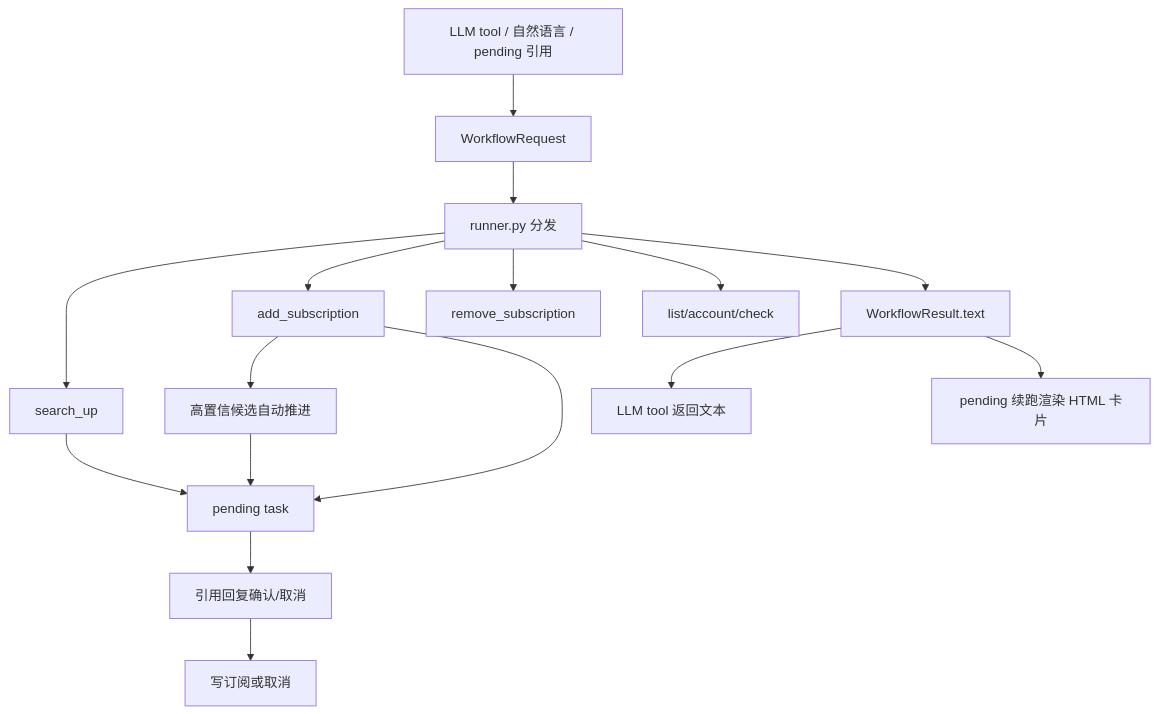
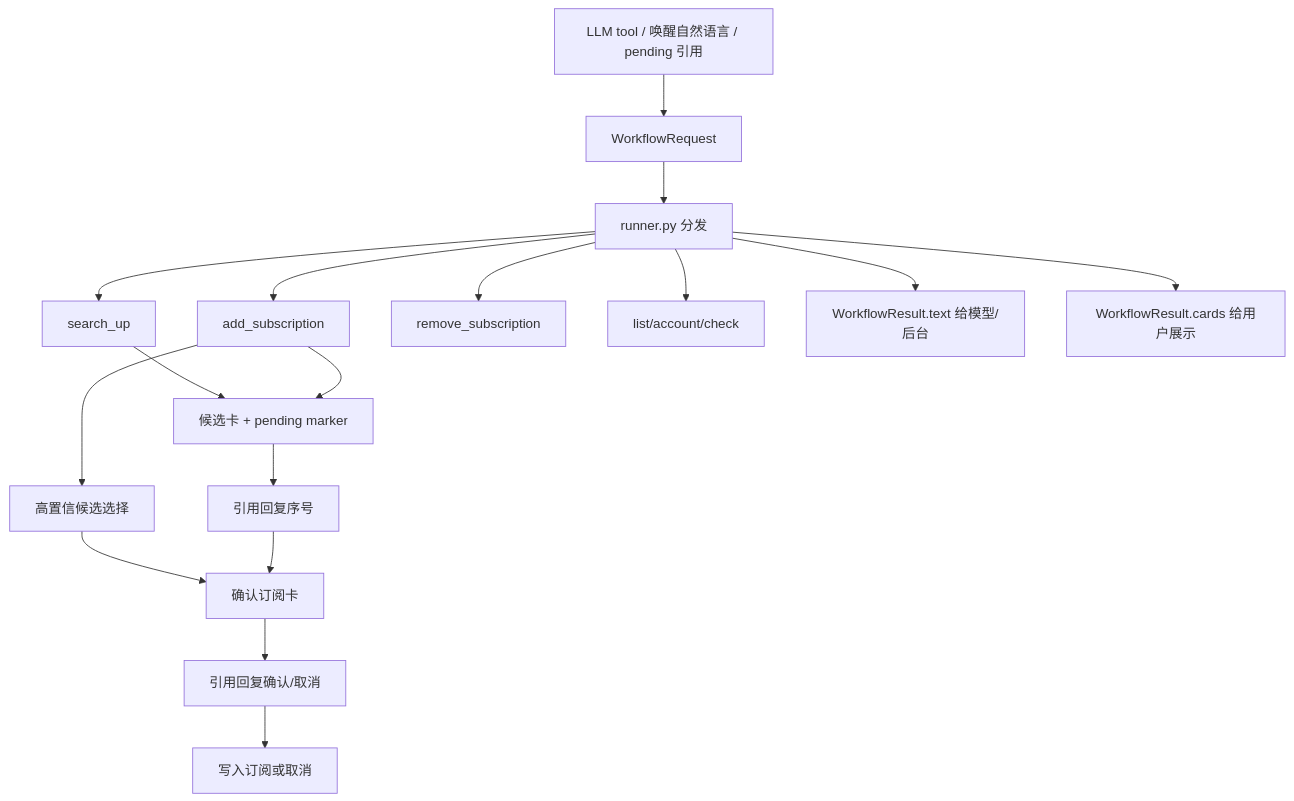
The diagram in workflows/workflows.md (memoriass/astrbot_plugin_bilibili_push), drawn with Mermaid before and after one commit. The commit also changed other lines of this file and 19 other files, not shown here.

````diff
--- a/workflows/workflows.md
+++ b/workflows/workflows.md
@@ -55,18 +38,19 @@
 ```mermaid
 flowchart TD
-    Entry["LLM tool / 自然语言 / pending 引用"] --> Request["WorkflowRequest"]
+    Entry["LLM tool / 唤醒自然语言 / pending 引用"] --> Request["WorkflowRequest"]
     Request --> Runner["runner.py 分发"]
     Runner --> Search["search_up"]
     Runner --> Add["add_subscription"]
     Runner --> Remove["remove_subscription"]
     Runner --> Manage["list/account/check"]
-    Search --> Pending["pending task"]
-    Add --> Select["高置信候选自动推进"]
-    Select --> Pending
-    Add --> Pending
-    Pending --> Confirm["引用回复确认/取消"]
-    Confirm --> Write["写订阅或取消"]
-    Runner --> Result["WorkflowResult.text"]
-    Result --> ToolText["LLM tool 返回文本"]
-    Result --> Cards["pending 续跑渲染 HTML 卡片"]
+    Search --> CandidateCard["候选卡 + pending marker"]
+    Add --> Select["高置信候选选择"]
+    Select --> Confirm["确认订阅卡"]
+    Add --> CandidateCard
+    CandidateCard --> Continue["引用回复序号"]
+    Continue --> Confirm
+    Confirm --> UserConfirm["引用回复确认/取消"]
+    UserConfirm --> Write["写入订阅或取消"]
+    Runner --> Text["WorkflowResult.text 给模型/后台"]
+    Runner --> Cards["WorkflowResult.cards 给用户展示"]
 ```
````
